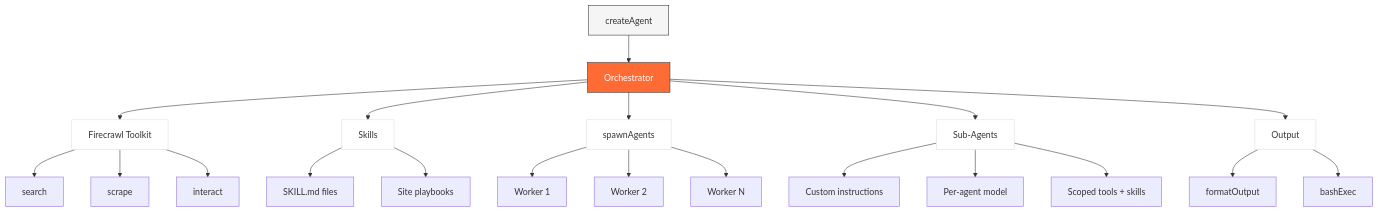
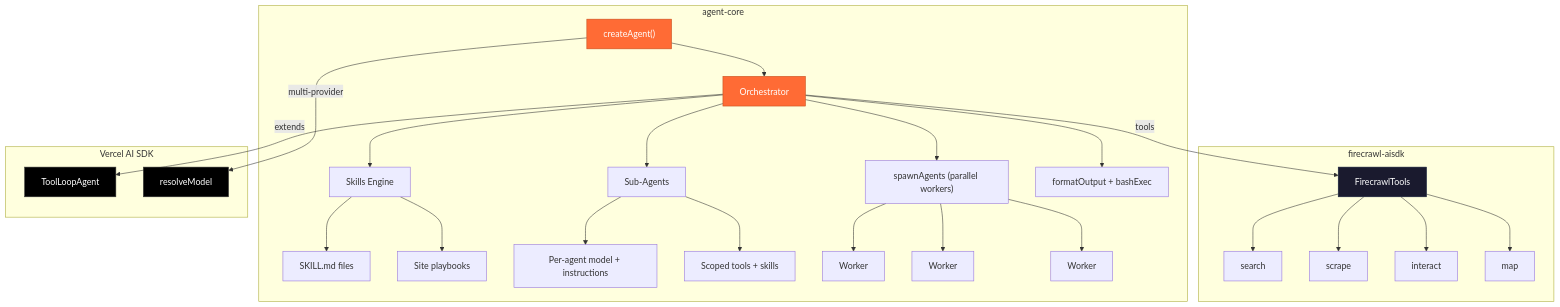
Before and after one commit to AliceBowRyhl/web-agent: the diagram in agent-core/README.md, drawn with Mermaid. The commit also changed other lines of this file, not shown here.

Commit message:
agent-core readme: layered architecture diagram
mermaid showing how agent-core extends firecrawl-aisdk + vercel ai sdk
with skills, parallel workers, sub-agents, and context compaction

````diff
--- a/agent-core/README.md
+++ b/agent-core/README.md
@@ -277,35 +277,39 @@
 ```mermaid
 graph TD
-    A[createAgent] --> B[Orchestrator]
+    subgraph "agent-core"
+        CA["createAgent()"] --> ORC[Orchestrator]
+        ORC --> SK[Skills Engine]
+        ORC --> WK["spawnAgents (parallel workers)"]
+        ORC --> SA[Sub-Agents]
+        ORC --> OUT[formatOutput + bashExec]
+        SK --> SKM[SKILL.md files]
+        SK --> PB[Site playbooks]
+        SA --> SAI[Per-agent model + instructions]
+        SA --> SAT[Scoped tools + skills]
+        WK --> W1[Worker]
+        WK --> W2[Worker]
+        WK --> W3[Worker]
+    end
 
-    B --> T[Firecrawl Toolkit]
-    T --> T1[search]
-    T --> T2[scrape]
-    T --> T3[interact]
+    subgraph "firecrawl-aisdk"
+        FT[FirecrawlTools] --> SEARCH[search]
+        FT --> SCRAPE[scrape]
+        FT --> INTERACT[interact]
+        FT --> MAP[map]
+    end
 
-    B --> S[Skills]
-    S --> S1[SKILL.md files]
-    S --> S2[Site playbooks]
+    subgraph "Vercel AI SDK"
+        TLA[ToolLoopAgent]
+        RM[resolveModel]
+    end
 
-    B --> W[spawnAgents]
-    W --> W1[Worker 1]
-    W --> W2[Worker 2]
-    W --> W3[Worker N]
+    ORC -- "tools" --> FT
+    ORC -- "extends" --> TLA
+    CA -- "multi-provider" --> RM
 
-    B --> SA[Sub-Agents]
-    SA --> SA1[Custom instructions]
-    SA --> SA2[Per-agent model]
-    SA --> SA3[Scoped tools + skills]
-
-    B --> O[Output]
-    O --> O1[formatOutput]
-    O --> O2[bashExec]
-
-    style A fill:#f5f5f5,stroke:#333
-    style B fill:#ff6b35,stroke:#333,color:#fff
-    style T fill:#fff,stroke:#ddd
-    style S fill:#fff,stroke:#ddd
-    style W fill:#fff,stroke:#ddd
-    style SA fill:#fff,stroke:#ddd
-    style O fill:#fff,stroke:#ddd
+    style CA fill:#ff6b35,stroke:#c44d1a,color:#fff
+    style ORC fill:#ff6b35,stroke:#c44d1a,color:#fff
+    style FT fill:#1a1a2e,stroke:#16213e,color:#fff
+    style TLA fill:#000,stroke:#333,color:#fff
+    style RM fill:#000,stroke:#333,color:#fff
 ```
````
